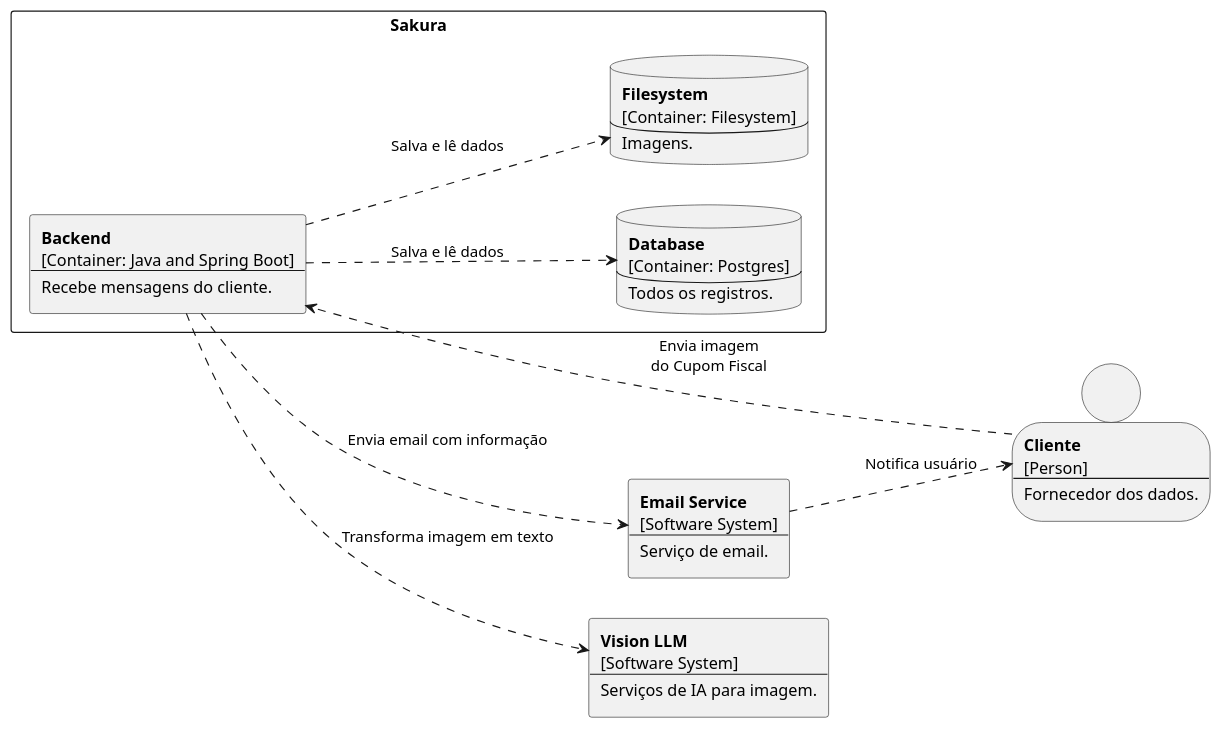
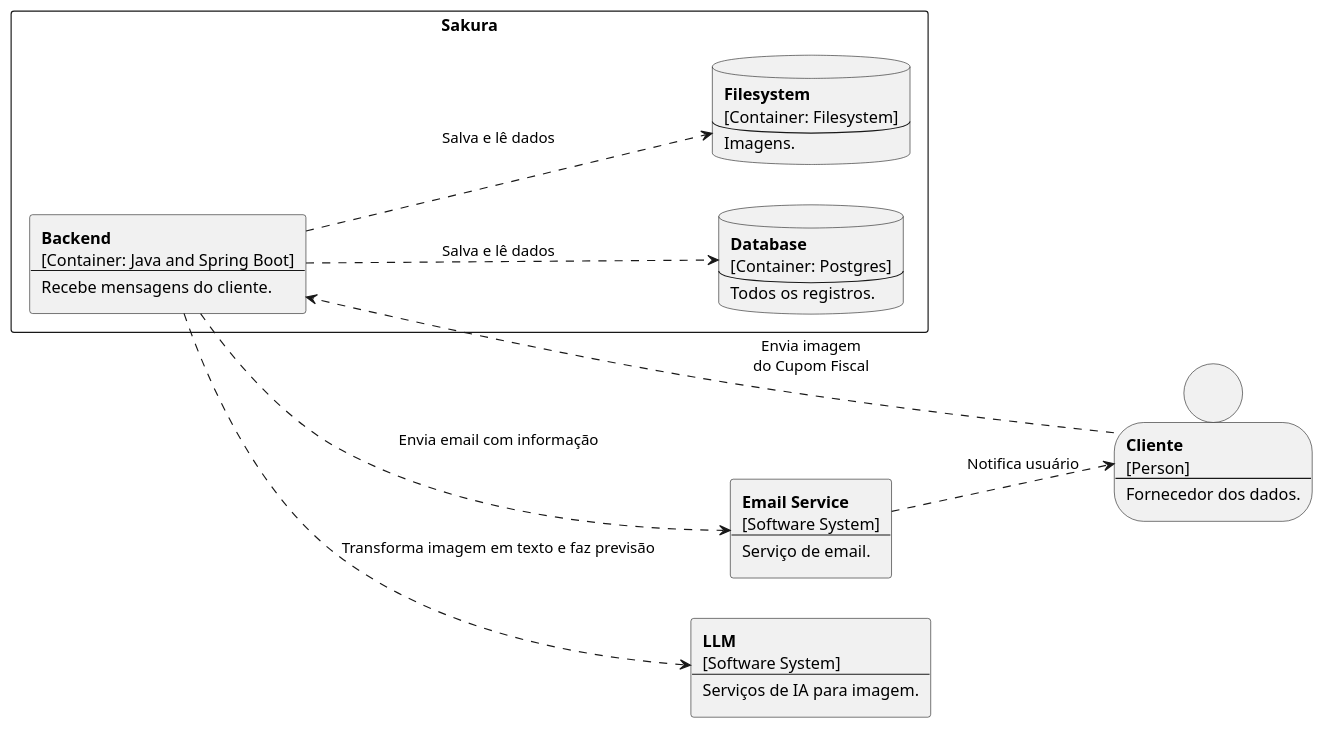
One commit to alvarengacarlos/Sakura changed the diagram in doc/c4-diagrams/2-container-diagram.plantuml. Above: the diagram before and after it, drawn with PlantUML. The commit also changed 2 other files, not shown here.

Commit message:
Fixes C4 diagrams renaming the software system Vision LLM to only LLM

```diff
--- a/doc/c4-diagrams/2-container-diagram.plantuml
+++ b/doc/c4-diagrams/2-container-diagram.plantuml
@@ -1,54 +1,54 @@
 @startuml
 left to right direction
 
 person C [
 <b>Cliente</b>
 [Person]
 ---
 Fornecedor dos dados.
 ]
 
 rectangle E [
 <b>Email Service</b>
 [Software System]
 ---
 Serviço de email.
 ]
 
 rectangle Sakura as S {
     rectangle B [
     <b>Backend</b>
     [Container: Java and Spring Boot]
     ---
     Recebe mensagens do cliente.
     ]
 
     database DB [
     <b>Database</b>
     [Container: Postgres]
     ---
     Todos os registros.
     ]
 
     database FS [
     <b>Filesystem</b>
     [Container: Filesystem]
     ---
     Imagens.
     ]
 }
 
 rectangle VIA [
-<b>Vision LLM</b>
+<b>LLM</b>
 [Software System]
 ---
 Serviços de IA para imagem.
 ]
 
 C ..> B : Envia imagem\ndo Cupom Fiscal
-B ..> VIA : Transforma imagem em texto
+B ..> VIA : Transforma imagem em texto e faz previsão
 B ..> DB : Salva e lê dados
 B ..> FS : Salva e lê dados
 B ..> E : Envia email com informação
 E ..> C : Notifica usuário
 @enduml
```
